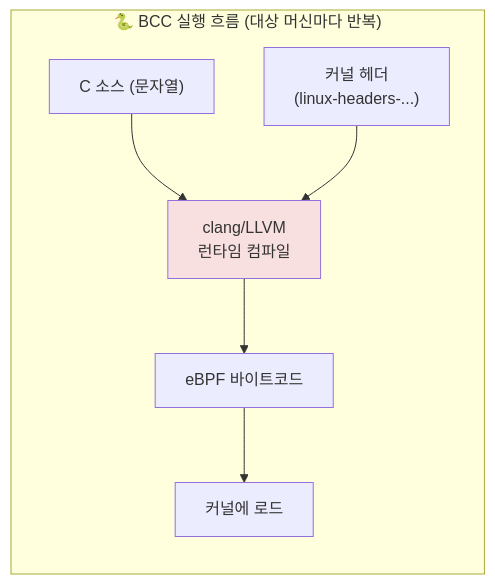
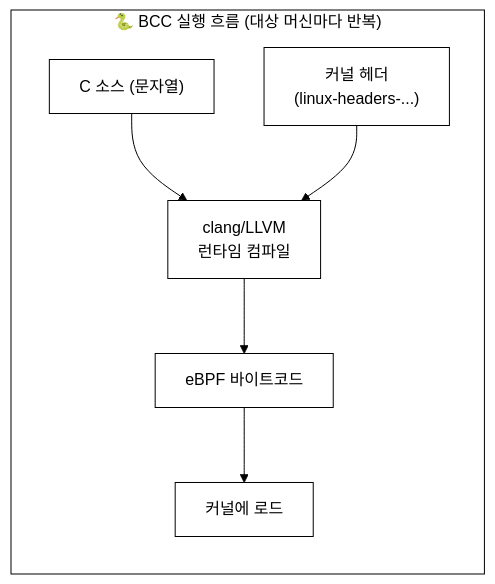
Before and after one commit to iamywl/ebpf-lab: the first of 5 diagrams in docs/lecture/11주차_libbpf와_CO-RE_프로덕션eBPF.md, drawn with Mermaid. The commit also changed other lines of this file and 33 other files, not shown here.

First line of the commit message:
강의자료: 다이어그램 흑백(논문 스타일) 통일 + 실제 실행 스크린샷 삽입

````diff
--- a/docs/lecture/11주차_libbpf와_CO-RE_프로덕션eBPF.md
+++ b/docs/lecture/11주차_libbpf와_CO-RE_프로덕션eBPF.md
@@ -19,11 +19,12 @@
 ```mermaid
+%%{init: {"theme":"base","themeVariables":{"background":"#ffffff","primaryColor":"#ffffff","primaryBorderColor":"#000000","primaryTextColor":"#000000","secondaryColor":"#ffffff","secondaryBorderColor":"#000000","secondaryTextColor":"#000000","tertiaryColor":"#ffffff","tertiaryBorderColor":"#000000","tertiaryTextColor":"#000000","lineColor":"#000000","textColor":"#000000","mainBkg":"#ffffff","secondBkg":"#ffffff","clusterBkg":"#ffffff","clusterBorder":"#000000","edgeLabelBackground":"#ffffff","nodeBorder":"#000000","defaultLinkColor":"#000000","titleColor":"#000000","actorBkg":"#ffffff","actorBorder":"#000000","actorTextColor":"#000000","actorLineColor":"#000000","signalColor":"#000000","signalTextColor":"#000000","labelBoxBkgColor":"#ffffff","labelBoxBorderColor":"#000000","labelTextColor":"#000000","loopTextColor":"#000000","noteBkgColor":"#ffffff","noteBorderColor":"#000000","noteTextColor":"#000000","activationBkgColor":"#ffffff","activationBorderColor":"#000000","sequenceNumberColor":"#000000","cScale0":"#ffffff","cScale1":"#ffffff","cScale2":"#ffffff","cScale3":"#ffffff","cScale4":"#ffffff","cScale5":"#ffffff","cScale6":"#ffffff","cScale7":"#ffffff","cScale8":"#ffffff","cScale9":"#ffffff","cScale10":"#ffffff","cScale11":"#ffffff","cScaleLabel0":"#000000","cScaleLabel1":"#000000","cScaleLabel2":"#000000","cScaleLabel3":"#000000","cScaleLabel4":"#000000","cScaleLabel5":"#000000","cScaleLabel6":"#000000","cScaleLabel7":"#000000","cScaleLabel8":"#000000","cScaleLabel9":"#000000","cScaleLabel10":"#000000","cScaleLabel11":"#000000","pie1":"#ffffff","pie2":"#eeeeee","pie3":"#dddddd","pie4":"#cccccc","fontFamily":"Georgia, serif"}}}%%
 flowchart LR
     subgraph BCC["🐍 BCC 실행 흐름 (대상 머신마다 반복)"]
         direction TB
         SRC["C 소스 (문자열)"] --> CLANG["clang/LLVM\n런타임 컴파일"]
         HDR["커널 헤더\n(linux-headers-...)"] --> CLANG
         CLANG --> OBJ["eBPF 바이트코드"]
         OBJ --> LOAD["커널에 로드"]
     end
-    style CLANG fill:#f9e0e0
+    style CLANG fill:#ffffff
 ```
````
